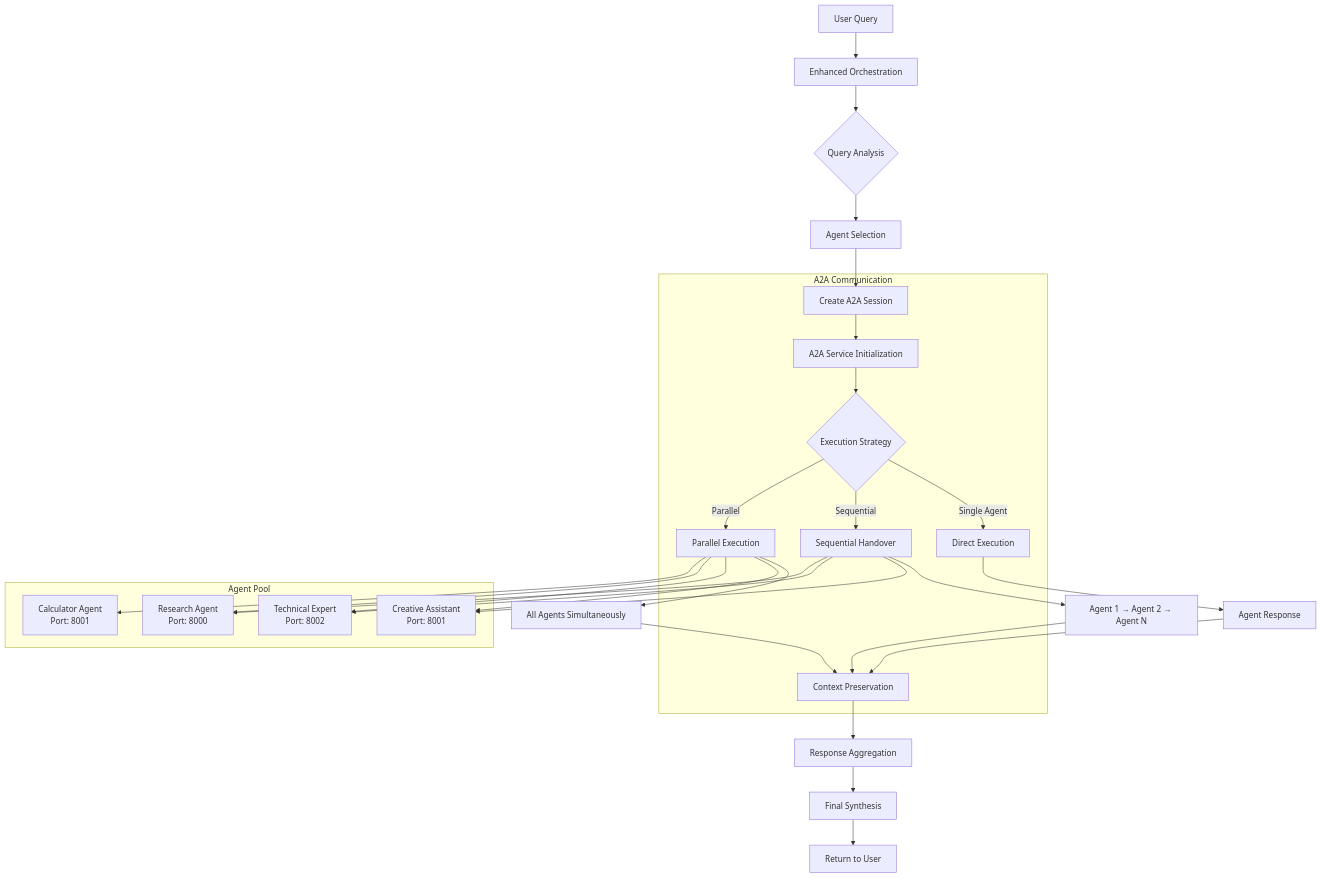
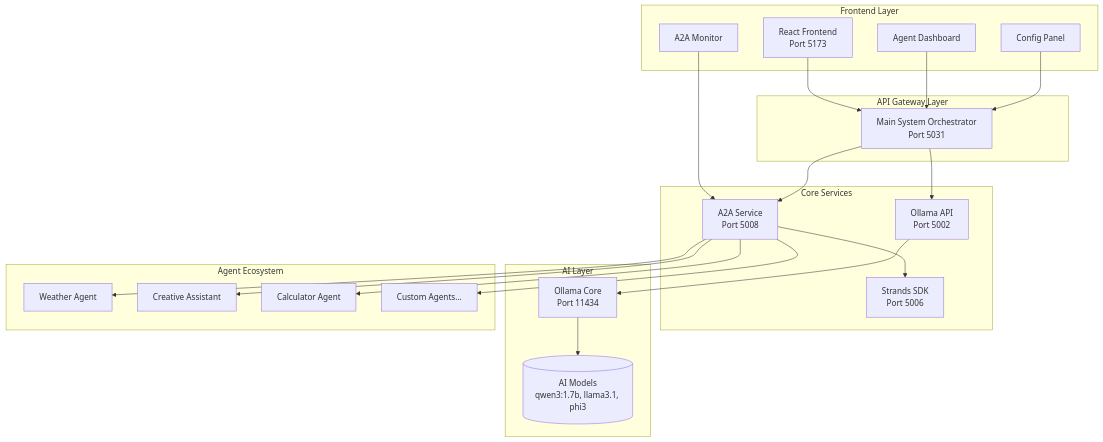
One commit to ashfrnndz21/AgentOS_Latest_Release changed the first of 9 diagrams in docs/ARCHITECTURE_DIAGRAMS.md. Above: the diagram before and after it, drawn with Mermaid. The commit also changed other lines of this file and 6 other files, not shown here.

````diff
--- a/docs/ARCHITECTURE_DIAGRAMS.md
+++ b/docs/ARCHITECTURE_DIAGRAMS.md
@@ -163,50 +7,48 @@
 ```mermaid
-graph TD
-    A[User Query] --> B[Enhanced Orchestration]
-    B --> C{Query Analysis}
-    C --> D[Agent Selection]
-    D --> E[Create A2A Session]
-    E --> F[A2A Service Initialization]
-    
-    F --> G{Execution Strategy}
-    G -->|Single Agent| H[Direct Execution]
-    G -->|Sequential| I[Sequential Handover]
-    G -->|Parallel| J[Parallel Execution]
-    
-    H --> K[Agent Response]
-    I --> L[Agent 1 → Agent 2 → Agent N]
-    J --> M[All Agents Simultaneously]
-    
-    L --> N[Context Preservation]
-    M --> N
-    K --> N
-    
-    N --> O[Response Aggregation]
-    O --> P[Final Synthesis]
-    P --> Q[Return to User]
-    
-    subgraph "A2A Communication"
-        E
-        F
-        G
-        H
-        I
-        J
-        N
+graph TB
+    subgraph "Frontend Layer"
+        UI[React Frontend<br/>Port 5173]
+        Dashboard[Agent Dashboard]
+        Monitor[A2A Monitor]
+        Config[Config Panel]
     end
     
-    subgraph "Agent Pool"
-        AG1[Creative Assistant<br/>Port: 8001]
-        AG2[Technical Expert<br/>Port: 8002]
-        AG3[Research Agent<br/>Port: 8000]
-        AG4[Calculator Agent<br/>Port: 8001]
+    subgraph "API Gateway Layer"
+        MainOrch[Main System Orchestrator<br/>Port 5031]
     end
     
-    I --> AG1
-    I --> AG2
-    I --> AG3
-    J --> AG1
-    J --> AG2
-    J --> AG3
-    J --> AG4
+    subgraph "Core Services"
+        A2A[A2A Service<br/>Port 5008]
+        OllamaAPI[Ollama API<br/>Port 5002]
+        StrandsSDK[Strands SDK<br/>Port 5006]
+    end
+    
+    subgraph "AI Layer"
+        OllamaCore[Ollama Core<br/>Port 11434]
+        Models[(AI Models<br/>qwen3:1.7b, llama3.1, phi3)]
+    end
+    
+    subgraph "Agent Ecosystem"
+        WeatherAgent[Weather Agent]
+        CreativeAgent[Creative Assistant]
+        CalculatorAgent[Calculator Agent]
+        CustomAgents[Custom Agents...]
+    end
+    
+    UI --> MainOrch
+    Dashboard --> MainOrch
+    Monitor --> A2A
+    Config --> MainOrch
+    
+    MainOrch --> A2A
+    MainOrch --> OllamaAPI
+    A2A --> StrandsSDK
+    OllamaAPI --> OllamaCore
+    
+    A2A --> WeatherAgent
+    A2A --> CreativeAgent
+    A2A --> CalculatorAgent
+    A2A --> CustomAgents
+    
+    OllamaCore --> Models
 ```
````
